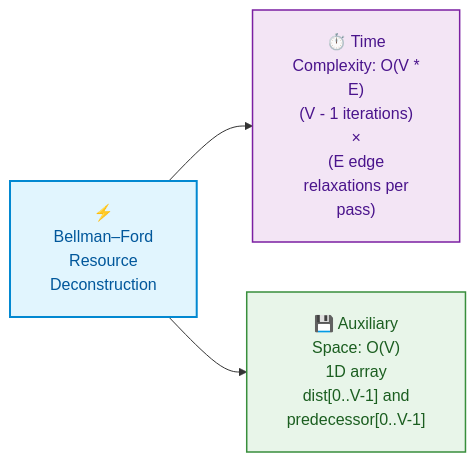
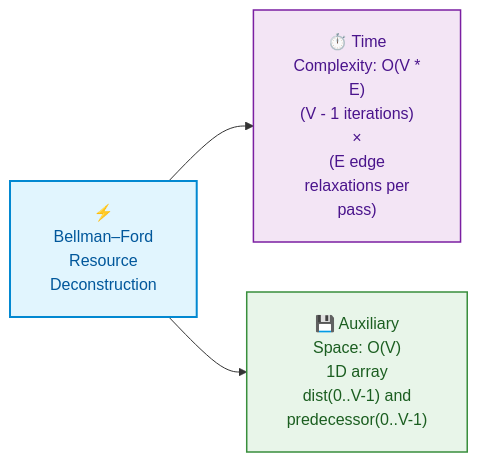
The eighth of 15 diagrams in week_09_graph_algorithms_i/Week_09_Visual_Concepts_Playbook_HYBRID.md (dip4k/DSA_102), drawn with Mermaid before and after one commit. The commit also changed other lines of this file and 147 other files, not shown here.

First line of the commit message:
feat(curriculum): enrich Weeks 01-19 instructional modules & resolve repository-wide Mermaid cutoff

````diff
--- a/week_09_graph_algorithms_i/Week_09_Visual_Concepts_Playbook_HYBRID.md
+++ b/week_09_graph_algorithms_i/Week_09_Visual_Concepts_Playbook_HYBRID.md
@@ -285,11 +285,11 @@
 ```mermaid
 %%{init: {"flowchart": {"htmlLabels": true, "padding": 20}, "themeCSS": "foreignObject { overflow: visible !important; }"}}%%
 flowchart LR
-    classDef box fill:#e1f5fe,stroke:#0288d1,color:#01579b,stroke-width:2px;
-    classDef time fill:#f3e5f5,stroke:#7b1fa2,color:#4a148c,stroke-width:1.5px;
-    classDef space fill:#e8f5e9,stroke:#388e3c,color:#1b5e20,stroke-width:1.5px;
+    classDef box fill:#e1f5fe,stroke:#0288d1,color:#01579b,stroke-width:2px
+    classDef time fill:#f3e5f5,stroke:#7b1fa2,color:#4a148c,stroke-width:1.5px
+    classDef space fill:#e8f5e9,stroke:#388e3c,color:#1b5e20,stroke-width:1.5px
 
     BF["⚡<br/>Bellman–Ford<br/>Resource<br/>Deconstruction"]:::box
     BF --> T["⏱️ Time<br/>Complexity: O(V *<br/>E)<br/>(V - 1 iterations)<br/>×<br/>(E edge<br/>relaxations per<br/>pass)"]:::time
-    BF --> S["💾 Auxiliary<br/>Space: O(V)<br/>1D array<br/>dist[0..V-1] and<br/>predecessor[0..V-1]"]:::space
+    BF --> S["💾 Auxiliary<br/>Space: O(V)<br/>1D array<br/>dist(0..V-1) and<br/>predecessor(0..V-1)"]:::space
 ```
````
